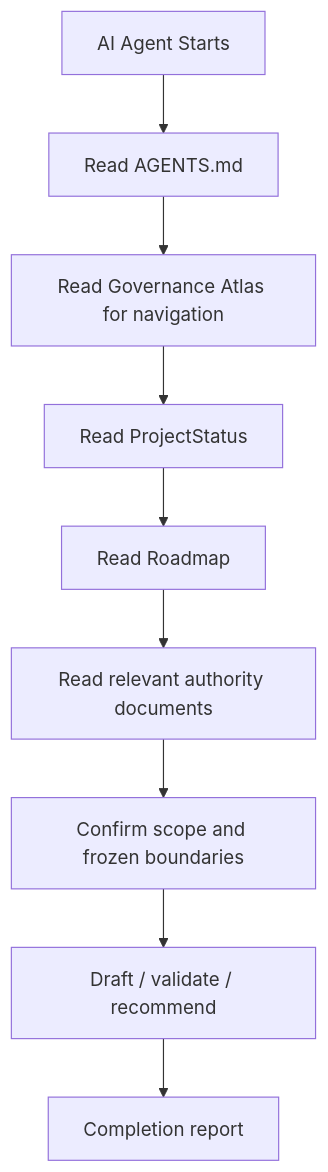
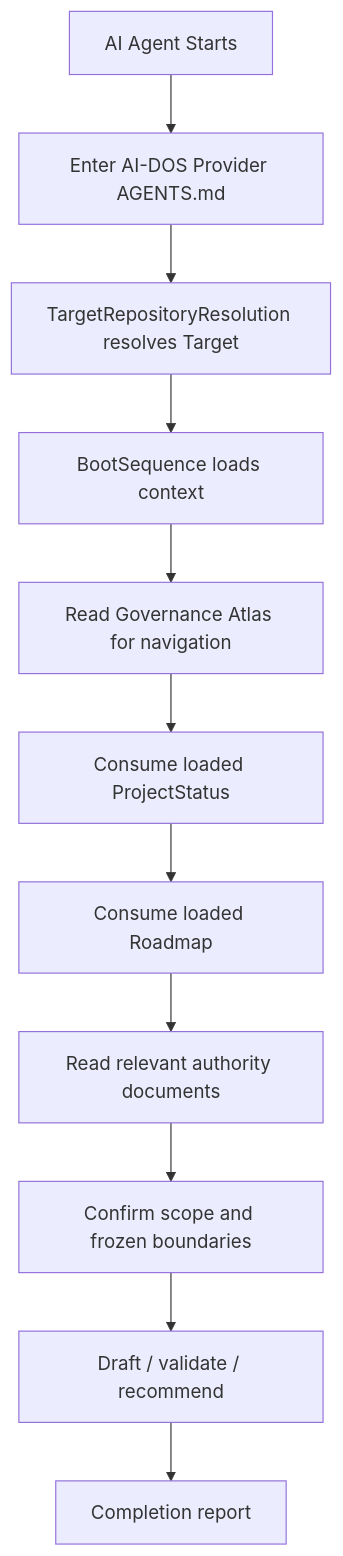
One commit to nrttns/forge-ai changed the ninth of 11 diagrams in docs/AI/GOVERNANCE.md. Above: the diagram before and after it, drawn with Mermaid. The commit also changed other lines of this file and 6 other files, not shown here.

Commit message:
Align AI-DOS provider entry boundaries

````diff
--- a/docs/AI/GOVERNANCE.md
+++ b/docs/AI/GOVERNANCE.md
@@ -779,13 +798,15 @@
 ```mermaid
 flowchart TD
     Start[AI Agent Starts]
-    AG[Read AGENTS.md]
+    AG[Enter AI-DOS Provider AGENTS.md]
+    TRR[TargetRepositoryResolution resolves Target]
+    BS[BootSequence loads context]
     GOV[Read Governance Atlas for navigation]
-    PS[Read ProjectStatus]
-    RD[Read Roadmap]
+    PS[Consume loaded ProjectStatus]
+    RD[Consume loaded Roadmap]
     Auth[Read relevant authority documents]
     Scope[Confirm scope and frozen boundaries]
     Work[Draft / validate / recommend]
     Report[Completion report]
-    Start --> AG --> GOV --> PS --> RD --> Auth --> Scope --> Work --> Report
+    Start --> AG --> TRR --> BS --> GOV --> PS --> RD --> Auth --> Scope --> Work --> Report
 ```
````
